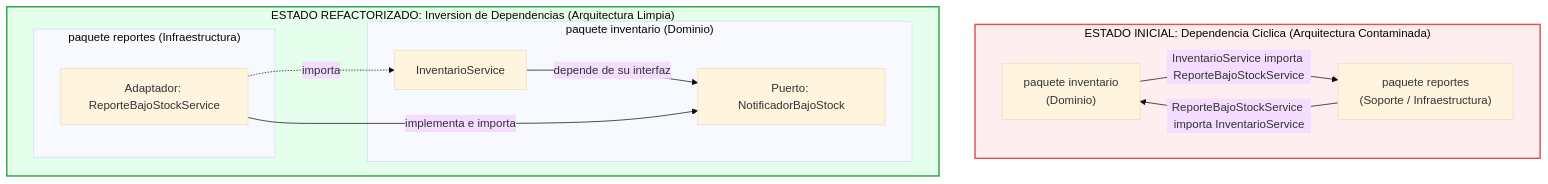
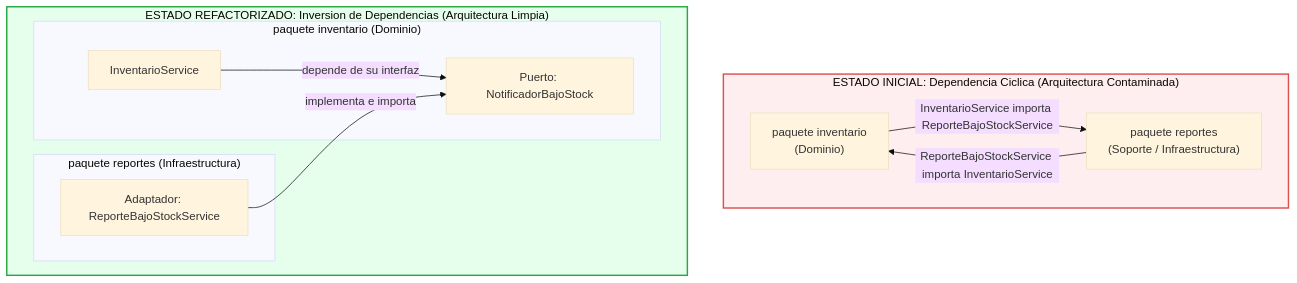
The third of 3 diagrams in README.md (nicolaspalacio-bit/palacio-post1-u11), drawn with Mermaid (base theme) before and after one commit. The commit also changed other lines of this file and 6 other files, not shown here.

````diff
--- a/README.md
+++ b/README.md
@@ -195,29 +196,28 @@
 ```mermaid
 flowchart TD
     subgraph ANTES["ESTADO INICIAL: Dependencia Ciclica (Arquitectura Contaminada)"]
         direction LR
         P_INV_A["paquete inventario\n(Dominio)"]
         P_REP_A["paquete reportes\n(Soporte / Infraestructura)"]
         P_INV_A -->|InventarioService importa ReporteBajoStockService| P_REP_A
         P_REP_A -->|ReporteBajoStockService importa InventarioService| P_INV_A
     end
 
     subgraph DESPUES["ESTADO REFACTORIZADO: Inversion de Dependencias (Arquitectura Limpia)"]
         direction LR
         subgraph P_INV_B["paquete inventario (Dominio)"]
             IS_B["InventarioService"]
             NBS_B["Puerto: NotificadorBajoStock"]
             IS_B -->|depende de su interfaz| NBS_B
         end
         subgraph P_REP_B["paquete reportes (Infraestructura)"]
             RS_B["Adaptador: ReporteBajoStockService"]
         end
         RS_B -->|implementa e importa| NBS_B
-        RS_B -.->|importa| IS_B
     end
 
     classDef redStyle stroke:#d9534f,stroke-width:2px,fill:#ffeef0;
     classDef greenStyle stroke:#28a745,stroke-width:2px,fill:#e6ffed;
     class ANTES redStyle;
     class DESPUES greenStyle;
 ```
````
